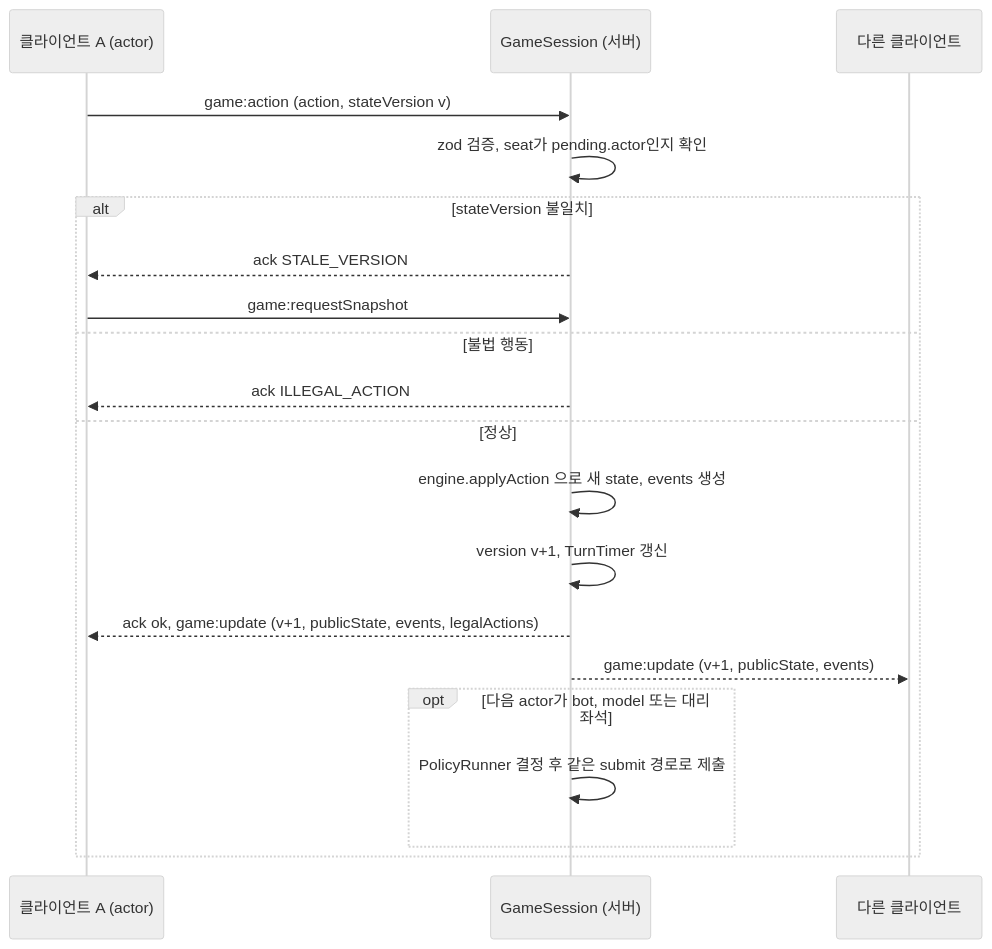
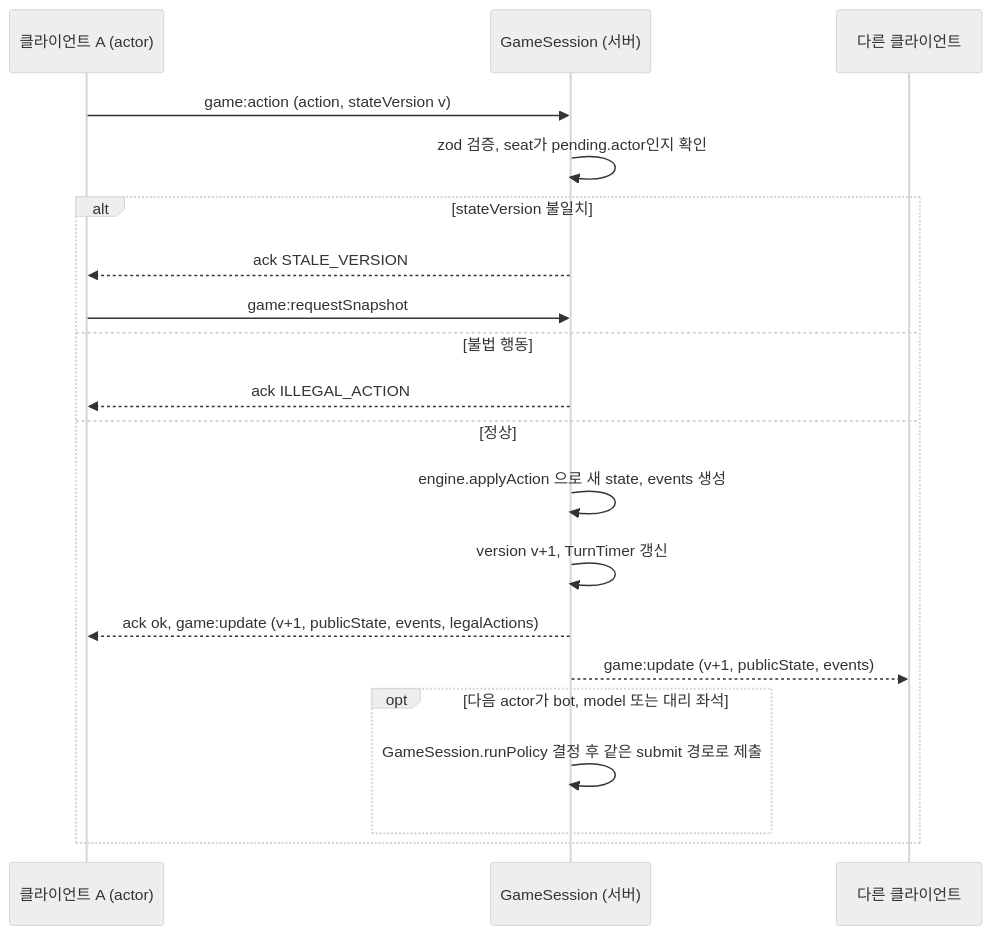
The third of 3 diagrams in docs/architecture.md (KR-penguin/Dragon-Rush), drawn with Mermaid (neutral theme) before and after one commit. The commit also changed other lines of this file, not shown here.

First line of the commit message:
docs(docs): align architecture with combat and outcome flows

````diff
--- a/docs/architecture.md
+++ b/docs/architecture.md
@@ -273,22 +302,22 @@
 ```mermaid
 sequenceDiagram
   participant A as 클라이언트 A (actor)
   participant S as GameSession (서버)
   participant O as 다른 클라이언트
   A->>S: game:action (action, stateVersion v)
   S->>S: zod 검증, seat가 pending.actor인지 확인
   alt stateVersion 불일치
     S-->>A: ack STALE_VERSION
     A->>S: game:requestSnapshot
   else 불법 행동
     S-->>A: ack ILLEGAL_ACTION
   else 정상
     S->>S: engine.applyAction 으로 새 state, events 생성
     S->>S: version v+1, TurnTimer 갱신
     S-->>A: ack ok, game:update (v+1, publicState, events, legalActions)
     S-->>O: game:update (v+1, publicState, events)
     opt 다음 actor가 bot, model 또는 대리 좌석
-      S->>S: PolicyRunner 결정 후 같은 submit 경로로 제출
+      S->>S: GameSession.runPolicy 결정 후 같은 submit 경로로 제출
     end
   end
 ```
````
